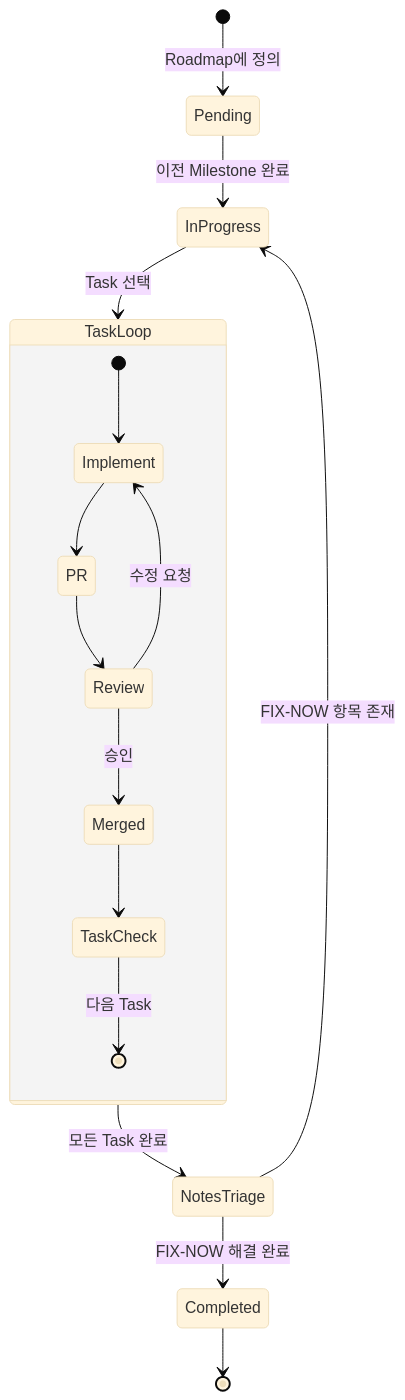
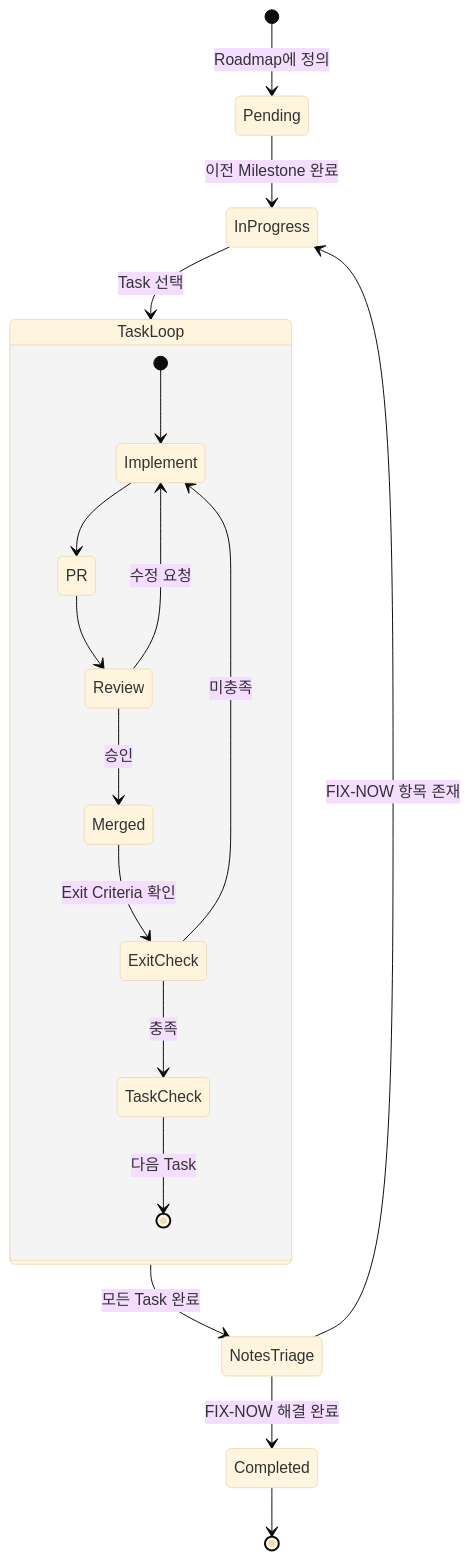
One commit to cagojeiger/code-hub changed the fourth of 10 diagrams in docs/workflow.md. Above: the diagram before and after it, drawn with Mermaid (base theme). The commit also changed other lines of this file, not shown here.

````diff
--- a/docs/workflow.md
+++ b/docs/workflow.md
@@ -77,25 +158,27 @@
 ```mermaid
 stateDiagram-v2
     [*] --> Pending: Roadmap에 정의
 
     Pending --> InProgress: 이전 Milestone 완료
 
     InProgress --> TaskLoop: Task 선택
 
     state TaskLoop {
         [*] --> Implement
         Implement --> PR
         PR --> Review
         Review --> Merged: 승인
         Review --> Implement: 수정 요청
-        Merged --> TaskCheck
+        Merged --> ExitCheck: Exit Criteria 확인
+        ExitCheck --> TaskCheck: 충족
+        ExitCheck --> Implement: 미충족
         TaskCheck --> [*]: 다음 Task
     }
 
     TaskLoop --> NotesTriage: 모든 Task 완료
 
     NotesTriage --> Completed: FIX-NOW 해결 완료
     NotesTriage --> InProgress: FIX-NOW 항목 존재
 
     Completed --> [*]
 ```
````
